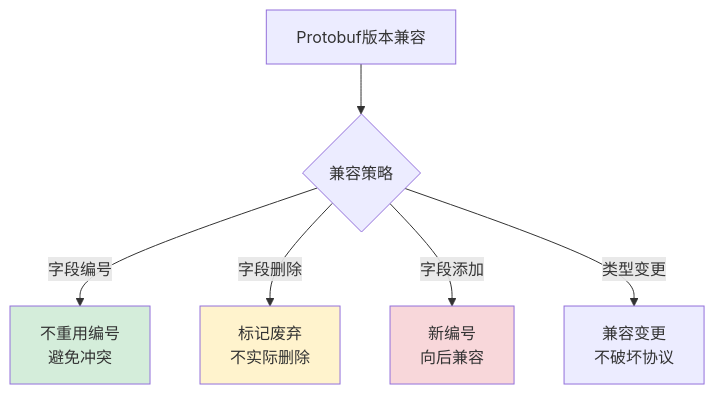
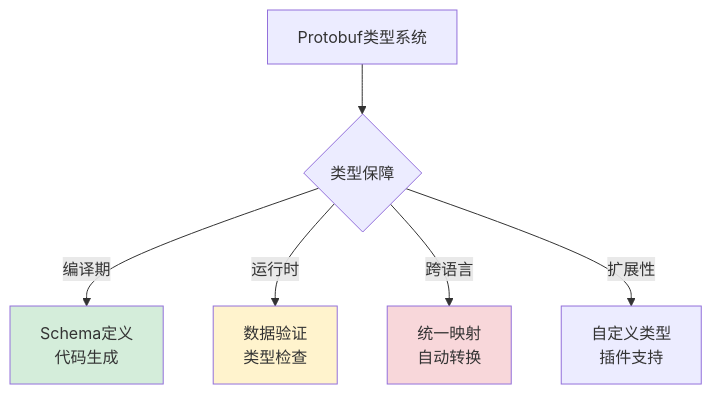
Before and after one commit to chongyang211/YCBookBlog: diagram 22 of 31 in 00.通用技术的提升/02.程序编程原理/06.数据解析设计思想.md, drawn with Mermaid. The commit also changed other lines of this file and 5 other files, not shown here.

````diff
--- a/00.通用技术的提升/02.程序编程原理/06.数据解析设计思想.md
+++ b/00.通用技术的提升/02.程序编程原理/06.数据解析设计思想.md
@@ -891,12 +2260,12 @@
 ```mermaid
 graph TB
-    A[Protobuf版本兼容] --> B{兼容策略}
-    B -->|字段编号| C[不重用编号<br/>避免冲突]
-    B -->|字段删除| D[标记废弃<br/>不实际删除]
-    B -->|字段添加| E[新编号<br/>向后兼容]
-    B -->|类型变更| F[兼容变更<br/>不破坏协议]
+    A[Protobuf类型系统] --> B{类型保障}
+    B -->|编译期| C[Schema定义<br/>代码生成]
+    B -->|运行时| D[数据验证<br/>类型检查]
+    B -->|跨语言| E[统一映射<br/>自动转换]
+    B -->|扩展性| F[自定义类型<br/>插件支持]
     
     style C fill:#d4edda
     style D fill:#fff3cd
     style E fill:#f8d7da
 ```
````
